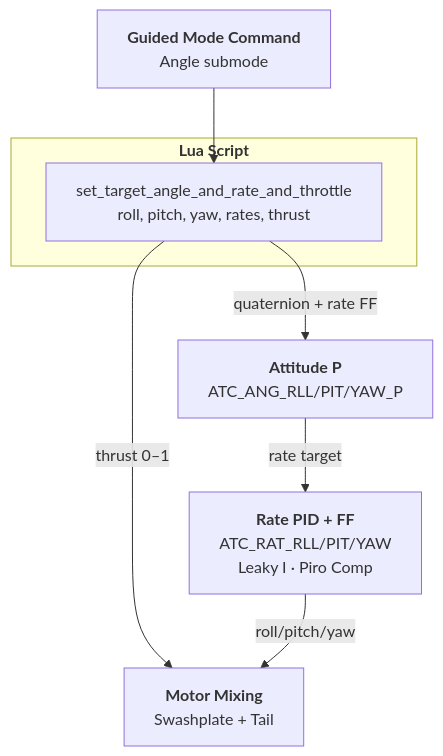
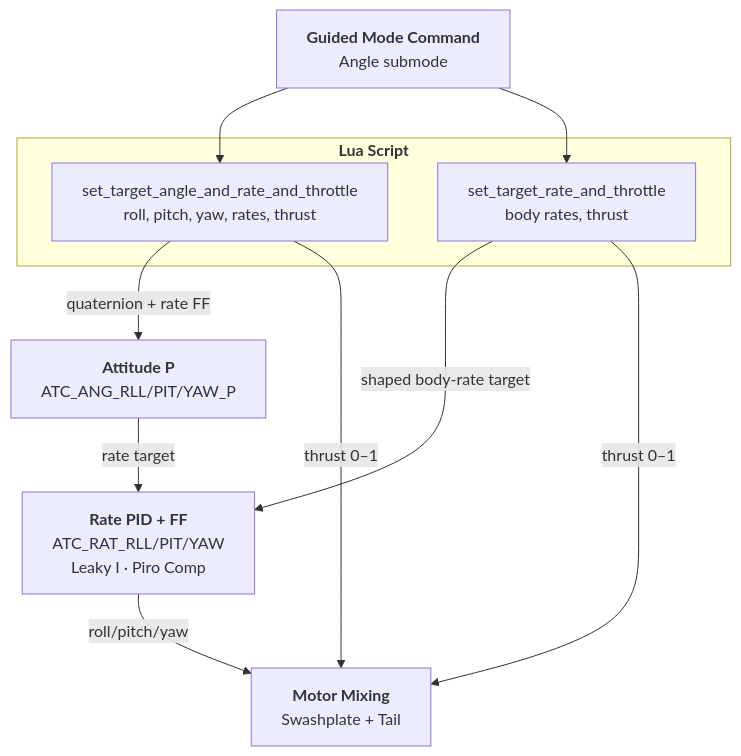
Before and after one commit to mcroomp/windpower: the first of 3 diagrams in design/GUIDED_CONTROL_LOOPS.md, drawn with Mermaid. The commit also changed other lines of this file and 79 other files, not shown here.

````diff
--- a/design/GUIDED_CONTROL_LOOPS.md
+++ b/design/GUIDED_CONTROL_LOOPS.md
@@ -11,20 +16,24 @@
 ```mermaid
 graph TD
     CMD[<b>Guided Mode Command</b><br/>Angle submode]
 
     CMD --> ANGLE
+    CMD --> RATEONLY
 
     subgraph "<b>Lua Script</b>"
         ANGLE["set_target_angle_and_rate_and_throttle<br/>roll, pitch, yaw, rates, thrust"]
+        RATEONLY["set_target_rate_and_throttle<br/>body rates, thrust"]
     end
 
     ANGLE -->|quaternion + rate FF| ATT
     ANGLE -->|thrust 0–1| MIX
+    RATEONLY -->|shaped body-rate target| RATE
+    RATEONLY -->|thrust 0–1| MIX
 
     ATT[<b>Attitude P</b><br/>ATC_ANG_RLL/PIT/YAW_P]
     RATE[<b>Rate PID + FF</b><br/>ATC_RAT_RLL/PIT/YAW<br/>Leaky I · Piro Comp]
     MIX[<b>Motor Mixing</b><br/>Swashplate + Tail]
 
     ATT -->|rate target| RATE
     RATE -->|roll/pitch/yaw| MIX
 ```
````
